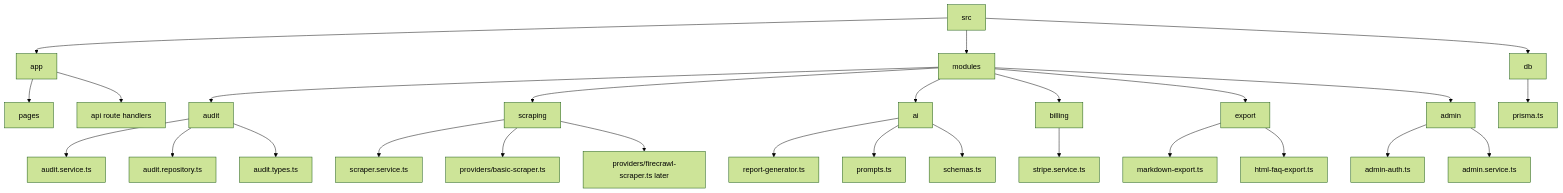
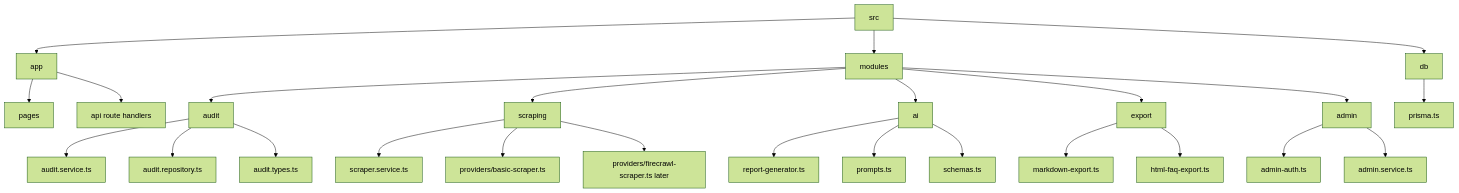
Before and after one commit to Luxion07/sitegap-ai: the seventh of 10 diagrams in docs/ARCHITECTURE.md, drawn with Mermaid (forest theme). The commit also changed other lines of this file and 15 other files, not shown here.

````diff
--- a/docs/ARCHITECTURE.md
+++ b/docs/ARCHITECTURE.md
@@ -246,37 +189,35 @@
 ```mermaid
 flowchart TB
   Root[src]
   Root --> App[app]
   Root --> Modules[modules]
   Root --> DB[db]
 
   App --> Pages[pages]
   App --> API[api route handlers]
 
   Modules --> Audit[audit]
   Modules --> Scraping[scraping]
   Modules --> AI[ai]
-  Modules --> Billing[billing]
   Modules --> Export[export]
   Modules --> Admin[admin]
 
   Audit --> AuditService[audit.service.ts]
   Audit --> AuditRepo[audit.repository.ts]
   Audit --> AuditTypes[audit.types.ts]
 
   Scraping --> ScraperService[scraper.service.ts]
   Scraping --> BasicScraper[providers/basic-scraper.ts]
   Scraping --> FirecrawlScraper[providers/firecrawl-scraper.ts later]
 
   AI --> ReportGenerator[report-generator.ts]
   AI --> Prompts[prompts.ts]
   AI --> Schemas[schemas.ts]
 
-  Billing --> StripeService[stripe.service.ts]
   Export --> Markdown[markdown-export.ts]
   Export --> HTML[html-faq-export.ts]
   Admin --> AdminAuth[admin-auth.ts]
   Admin --> AdminService[admin.service.ts]
 
   DB --> Prisma[prisma.ts]
 ```
````
